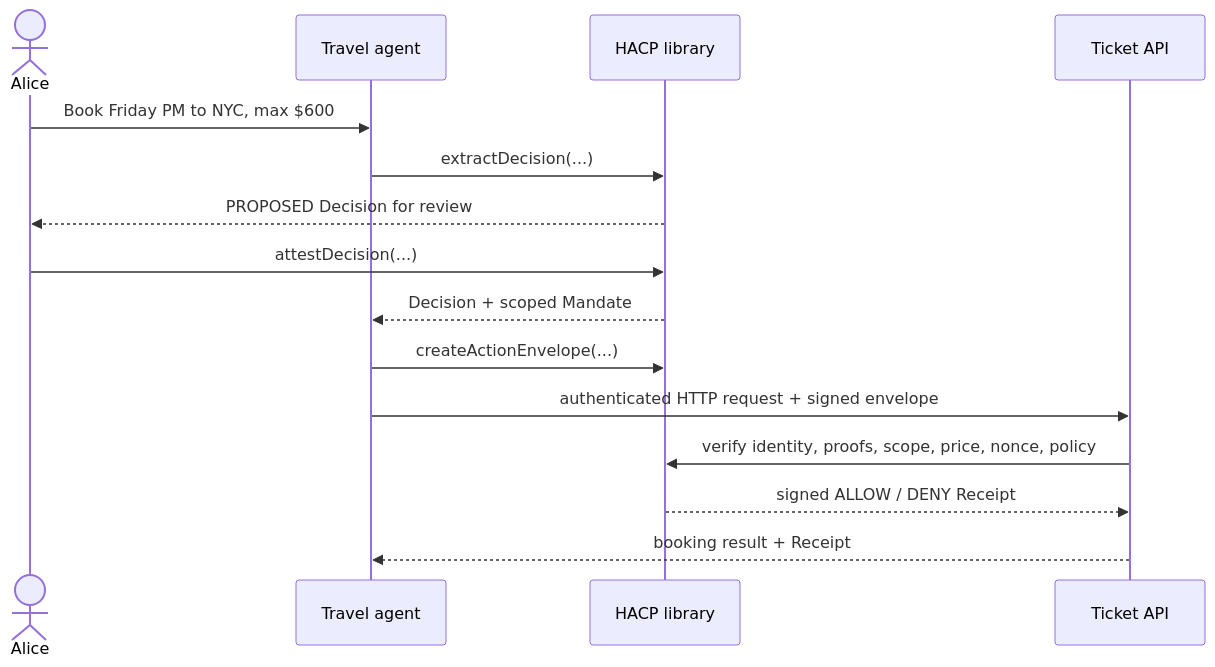
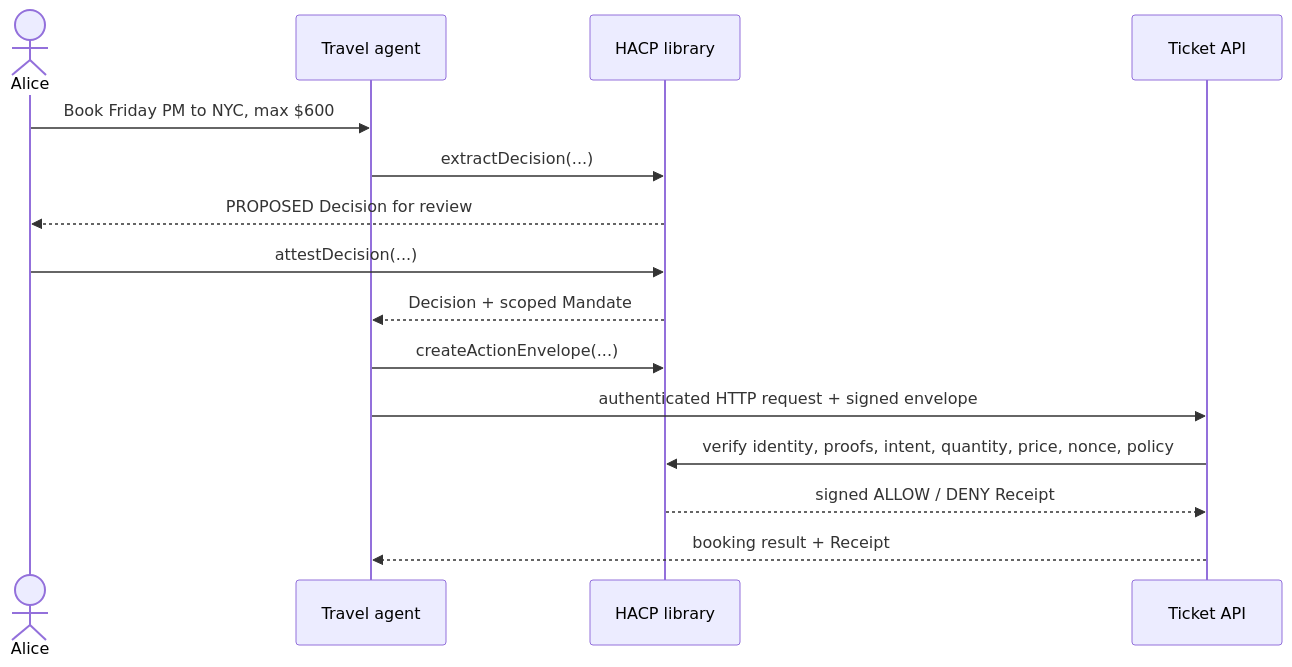
Before and after one commit to ahi-lab-hacp/hacp: the diagram in examples/ticket-booking/README.md, drawn with Mermaid. The commit also changed other lines of this file and 17 other files, not shown here.

````diff
--- a/examples/ticket-booking/README.md
+++ b/examples/ticket-booking/README.md
@@ -10,17 +10,17 @@
 ```mermaid
 sequenceDiagram
   actor Alice
   participant Agent as Travel agent
   participant HACP as HACP library
   participant API as Ticket API
   Alice->>Agent: Book Friday PM to NYC, max $600
   Agent->>HACP: extractDecision(...)
   HACP-->>Alice: PROPOSED Decision for review
   Alice->>HACP: attestDecision(...)
   HACP-->>Agent: Decision + scoped Mandate
   Agent->>HACP: createActionEnvelope(...)
   Agent->>API: authenticated HTTP request + signed envelope
-  API->>HACP: verify identity, proofs, scope, price, nonce, policy
+  API->>HACP: verify identity, proofs, intent, quantity, price, nonce, policy
   HACP-->>API: signed ALLOW / DENY Receipt
   API-->>Agent: booking result + Receipt
 ```
````
